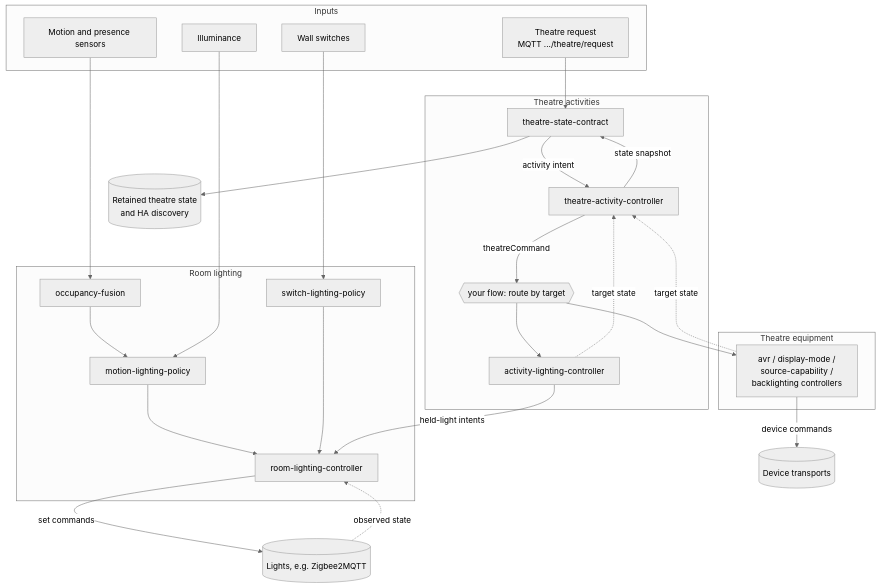
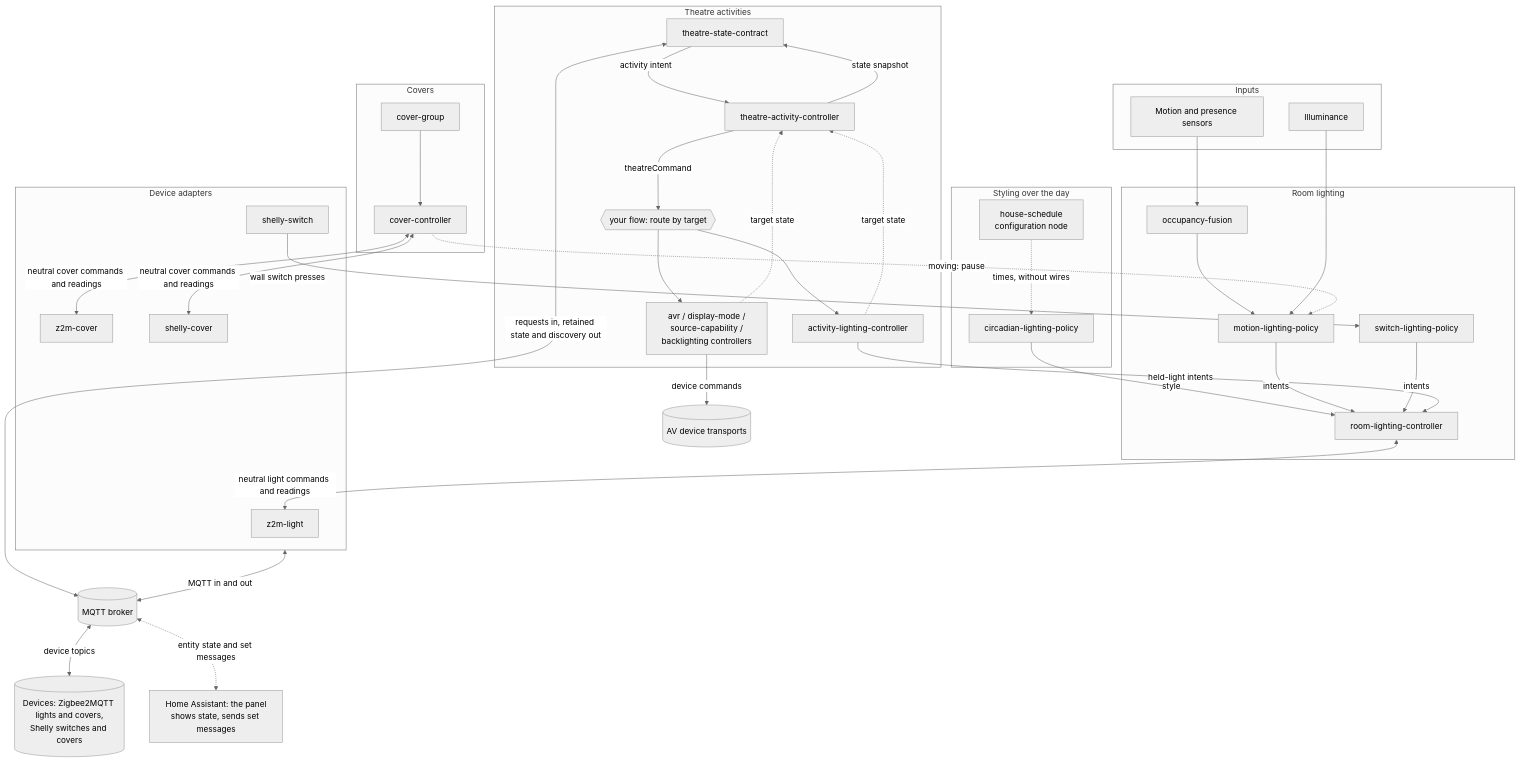
Before and after one commit to avantics-hq/node-red-home-automation: the diagram in docs/images/architecture.mmd, drawn with Mermaid (neutral theme). The commit also changed 1 other file, not shown here.

Commit message:
Redraw the architecture diagram's source for 6.0: circadian policy, adapters and MQTT
- The circadian lighting policy, following a house schedule without wires,
  sends the room a style.
- The room reaches each light through its adapter (z2m-light), and the cover
  controller its covers through z2m-cover and shelly-cover; shelly-switch
  brings wall switch presses to the switch policy.
- The adapters and the theatre contract use the MQTT broker, which carries
  device topics; Home Assistant is only the panel, over MQTT.
- The README's alt text describes the new diagram.
- architecture.svg is not redrawn here: mermaid-cli's Chromium can't start
  in this environment (libglib-2.0.so.0 missing). Run npm run diagrams.

```diff
--- a/docs/images/architecture.mmd
+++ b/docs/images/architecture.mmd
@@ -1,44 +1,65 @@
 flowchart TB
   subgraph In[Inputs]
     SENS[Motion and presence sensors]
     LUX[Illuminance]
-    WALL[Wall switches]
-    REQ[Theatre request<br/>MQTT .../theatre/request]
+  end
+  subgraph Style[Styling over the day]
+    HS[house-schedule<br/>configuration node]
+    CIRC[circadian-lighting-policy]
   end
   subgraph Room[Room lighting]
     OCC[occupancy-fusion]
     MOT[motion-lighting-policy]
     SW[switch-lighting-policy]
     ROOM[room-lighting-controller]
   end
+  subgraph Cov[Covers]
+    GRP[cover-group]
+    COV[cover-controller]
+  end
   subgraph Act[Theatre activities]
     CON[theatre-state-contract]
     ACT[theatre-activity-controller]
     ROUTE{{your flow: route by target}}
     AL[activity-lighting-controller]
-  end
-  subgraph Eq[Theatre equipment]
     EQ[avr / display-mode /<br/>source-capability /<br/>backlighting controllers]
   end
-  LIGHTS[(Lights, e.g. Zigbee2MQTT)]
-  DEV[(Device transports)]
-  STATE[(Retained theatre state<br/>and HA discovery)]
+  subgraph Adapt[Device adapters]
+    ZL[z2m-light]
+    SS[shelly-switch]
+    ZC[z2m-cover]
+    SC[shelly-cover]
+  end
+  BROKER[(MQTT broker)]
+  HA[Home Assistant: the panel<br/>shows state, sends set messages]
+  DEV[(Devices: Zigbee2MQTT lights and covers,<br/>Shelly switches and covers)]
+  AV[(AV device transports)]
 
   SENS --> OCC --> MOT
   LUX --> MOT
-  WALL --> SW
-  MOT --> ROOM
-  SW --> ROOM
-  ROOM -- set commands --> LIGHTS
-  LIGHTS -. observed state .-> ROOM
-  REQ --> CON
+  HS -. times, without wires .-> CIRC
+  CIRC -- style --> ROOM
+  MOT -- intents --> ROOM
+  SW -- intents --> ROOM
+  GRP --> COV
+  COV -. moving: pause .-> MOT
+
+  ROOM <-- neutral light commands and readings --> ZL
+  COV <-- neutral cover commands and readings --> ZC
+  COV <-- neutral cover commands and readings --> SC
+  SS -- wall switch presses --> SW
+
   CON -- activity intent --> ACT
   ACT -- state snapshot --> CON
-  CON --> STATE
   ACT -- theatreCommand --> ROUTE
   ROUTE --> EQ
   ROUTE --> AL
-  EQ -- device commands --> DEV
   EQ -. target state .-> ACT
   AL -. target state .-> ACT
   AL -- held-light intents --> ROOM
+  EQ -- device commands --> AV
+
+  Adapt <-- MQTT in and out --> BROKER
+  CON <-- requests in, retained state and discovery out --> BROKER
+  BROKER <-- device topics --> DEV
+  BROKER <-. entity state and set messages .-> HA
```
